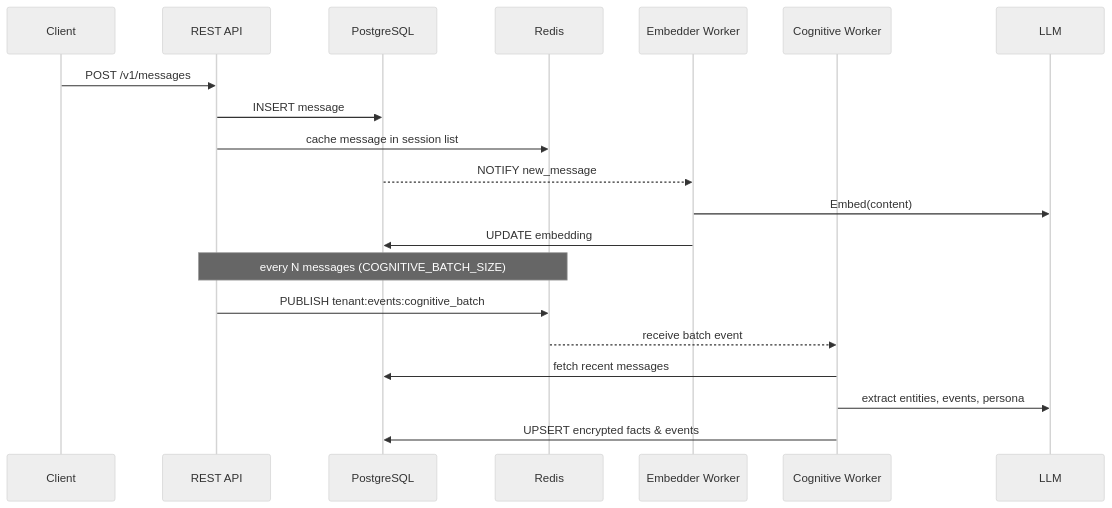
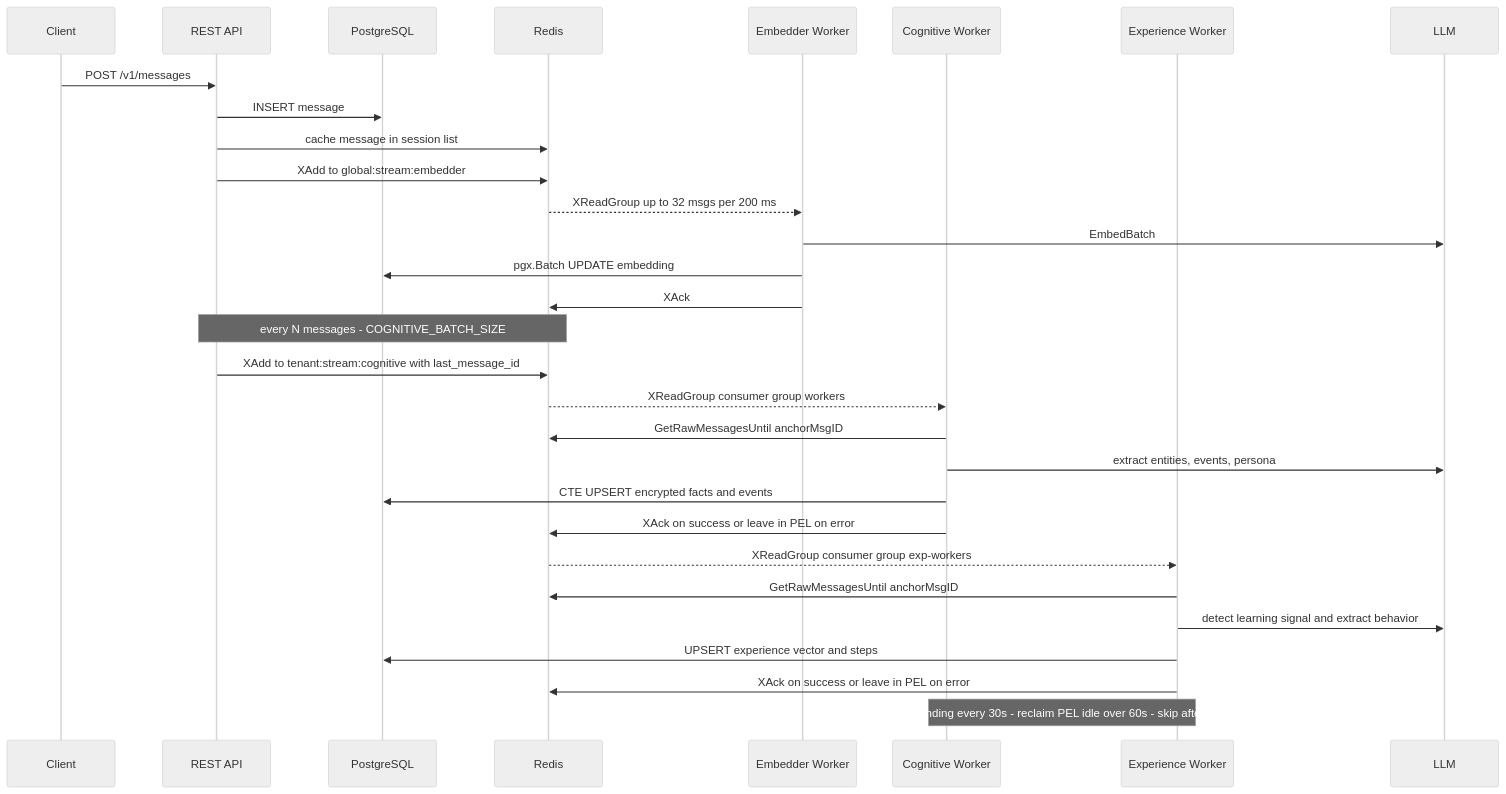
The first of 2 diagrams in README.md (ngoctuhan/Cortexa), drawn with Mermaid (neutral theme) before and after one commit. The commit also changed other lines of this file and 15 other files, not shown here.

````diff
--- a/README.md
+++ b/README.md
@@ -88,25 +57,37 @@
 ```mermaid
 sequenceDiagram
     participant Client
     participant API as REST API
     participant DB as PostgreSQL
     participant Cache as Redis
     participant EMB as Embedder Worker
     participant COG as Cognitive Worker
+    participant EXP as Experience Worker
     participant LLM
 
     Client->>API: POST /v1/messages
     API->>DB: INSERT message
     API->>Cache: cache message in session list
+    API->>Cache: XAdd to global:stream:embedder
 
-    DB-->>EMB: NOTIFY new_message
-    EMB->>LLM: Embed(content)
-    EMB->>DB: UPDATE embedding
+    Cache-->>EMB: XReadGroup up to 32 msgs per 200 ms
+    EMB->>LLM: EmbedBatch
+    EMB->>DB: pgx.Batch UPDATE embedding
+    EMB->>Cache: XAck
 
-    Note over API,Cache: every N messages (COGNITIVE_BATCH_SIZE)
-    API->>Cache: PUBLISH tenant:events:cognitive_batch
-    Cache-->>COG: receive batch event
-    COG->>DB: fetch recent messages
+    Note over API,Cache: every N messages - COGNITIVE_BATCH_SIZE
+    API->>Cache: XAdd to tenant:stream:cognitive with last_message_id
+    Cache-->>COG: XReadGroup consumer group workers
+    COG->>Cache: GetRawMessagesUntil anchorMsgID
     COG->>LLM: extract entities, events, persona
-    COG->>DB: UPSERT encrypted facts & events
+    COG->>DB: CTE UPSERT encrypted facts and events
+    COG->>Cache: XAck on success or leave in PEL on error
+
+    Cache-->>EXP: XReadGroup consumer group exp-workers
+    EXP->>Cache: GetRawMessagesUntil anchorMsgID
+    EXP->>LLM: detect learning signal and extract behavior
+    EXP->>DB: UPSERT experience vector and steps
+    EXP->>Cache: XAck on success or leave in PEL on error
+
+    Note over COG,EXP: reclaimPending every 30s - reclaim PEL idle over 60s - skip after 3 retries
 ```
````
